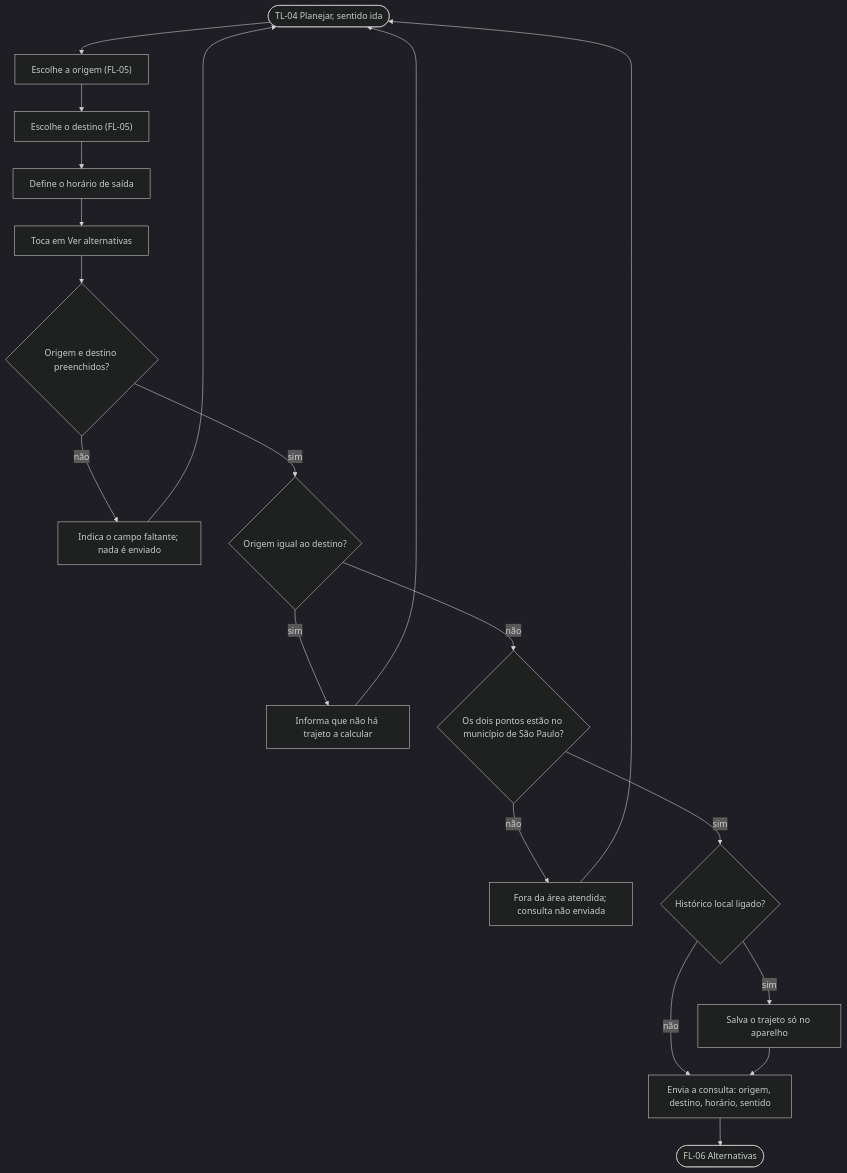
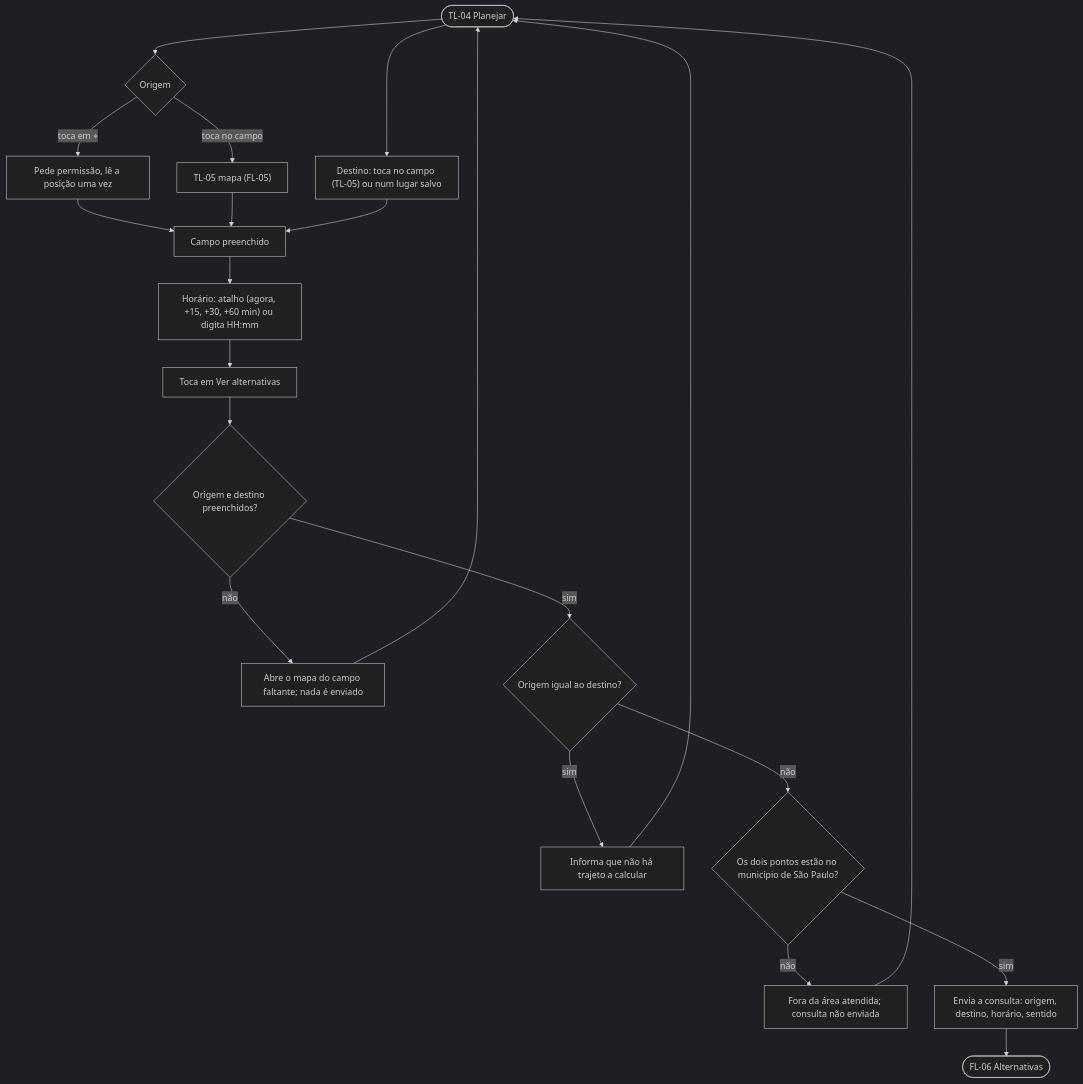
One commit to VoltaSegura/voltasegura changed the diagram in docs/app-map/03_fluxogramas/FL-04_planejar_ida.md. Above: the diagram before and after it, drawn with Mermaid (dark theme). The commit also changed other lines of this file and 13 other files, not shown here.

````diff
--- a/docs/app-map/03_fluxogramas/FL-04_planejar_ida.md
+++ b/docs/app-map/03_fluxogramas/FL-04_planejar_ida.md
@@ -12,21 +11,23 @@
 ```mermaid
 flowchart TD
-    S(["TL-04 Planejar, sentido ida"]) --> ORI["Escolhe a origem (FL-05)"]
-    ORI --> DES["Escolhe o destino (FL-05)"]
-    DES --> HOR["Define o horário de saída"]
+    S(["TL-04 Planejar"]) --> ORI{"Origem"}
+    ORI -- "toca no campo" --> FL05A["TL-05 mapa (FL-05)"]
+    ORI -- "toca em ⌖" --> GPS["Pede permissão, lê a posição uma vez"]
+    GPS --> PRE
+    FL05A --> PRE["Campo preenchido"]
+    S --> DES["Destino: toca no campo (TL-05) ou num lugar salvo"]
+    DES --> PRE
+    PRE --> HOR["Horário: atalho (agora, +15, +30, +60 min) ou digita HH:mm"]
     HOR --> PED["Toca em Ver alternativas"]
     PED --> V1{"Origem e destino preenchidos?"}
-    V1 -- "não" --> E1["Indica o campo faltante; nada é enviado"]
+    V1 -- "não" --> E1["Abre o mapa do campo faltante; nada é enviado"]
     E1 --> S
     V1 -- "sim" --> V2{"Origem igual ao destino?"}
     V2 -- "sim" --> E2["Informa que não há trajeto a calcular"]
     E2 --> S
     V2 -- "não" --> V3{"Os dois pontos estão no município de São Paulo?"}
     V3 -- "não" --> E3["Fora da área atendida; consulta não enviada"]
     E3 --> S
-    V3 -- "sim" --> HIS{"Histórico local ligado?"}
-    HIS -- "sim" --> SALVA["Salva o trajeto só no aparelho"]
-    HIS -- "não" --> ENVIA
-    SALVA --> ENVIA["Envia a consulta: origem, destino, horário, sentido"]
+    V3 -- "sim" --> ENVIA["Envia a consulta: origem, destino, horário, sentido"]
     ENVIA --> FL06(["FL-06 Alternativas"])
 ```
````
